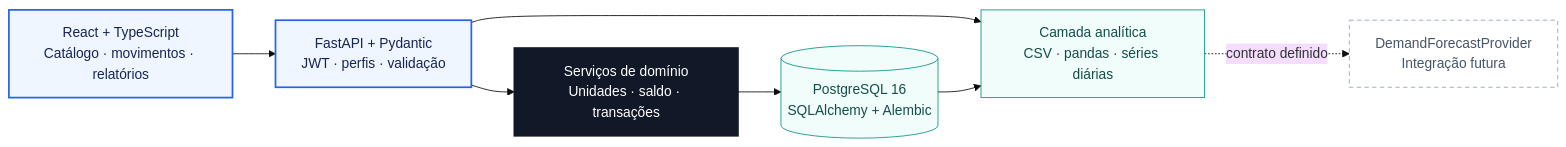
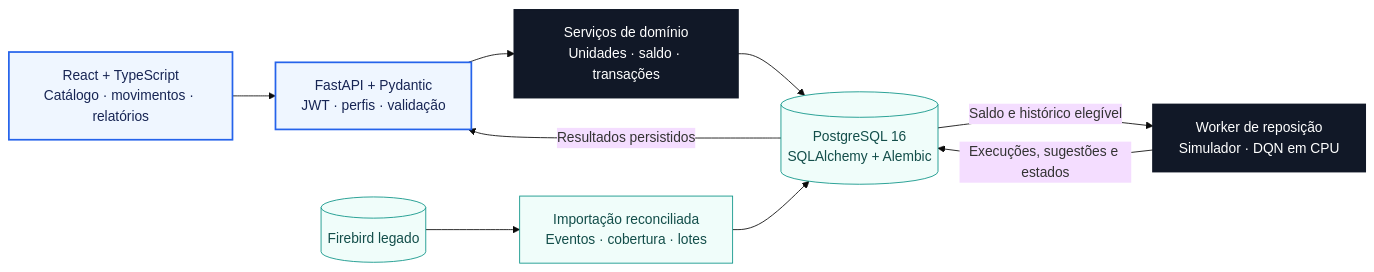
Before and after one commit to gabesxan/ai-inventory-project: the diagram in README.md, drawn with Mermaid (base theme). The commit also changed other lines of this file and 2 other files, not shown here.

Commit message:
docs: explain DQN replenishment and PostgreSQL schema

````diff
--- a/README.md
+++ b/README.md
@@ -66,21 +67,21 @@
 ```mermaid
 flowchart LR
     UI["React + TypeScript<br/>Catálogo · movimentos · relatórios"]
     API["FastAPI + Pydantic<br/>JWT · perfis · validação"]
     SVC["Serviços de domínio<br/>Unidades · saldo · transações"]
     DB[("PostgreSQL 16<br/>SQLAlchemy + Alembic")]
-    DATA["Camada analítica<br/>CSV · pandas · séries diárias"]
-    FUTURE["DemandForecastProvider<br/>Integração futura"]
+    FB[("Firebird legado")]
+    IMPORT["Importação reconciliada<br/>Eventos · cobertura · lotes"]
+    WORKER["Worker de reposição<br/>Simulador · DQN em CPU"]
     UI --> API --> SVC --> DB
-    API --> DATA
-    DB --> DATA
-    DATA -. "contrato definido" .-> FUTURE
+    FB --> IMPORT --> DB
+    DB -->|"Saldo e histórico elegível"| WORKER
+    WORKER -->|"Execuções, sugestões e estados"| DB
+    DB -->|"Resultados persistidos"| API
     classDef app fill:#EFF6FF,stroke:#2563EB,color:#172554,stroke-width:2px;
     classDef core fill:#111827,stroke:#111827,color:#FFFFFF,stroke-width:2px;
     classDef data fill:#F0FDFA,stroke:#0D9488,color:#134E4A;
-    classDef future fill:#FFFFFF,stroke:#94A3B8,color:#475569,stroke-dasharray:5 4;
     class UI,API app;
-    class SVC core;
-    class DB,DATA data;
-    class FUTURE future;
+    class SVC,WORKER core;
+    class FB,IMPORT,DB data;
 ```
````
